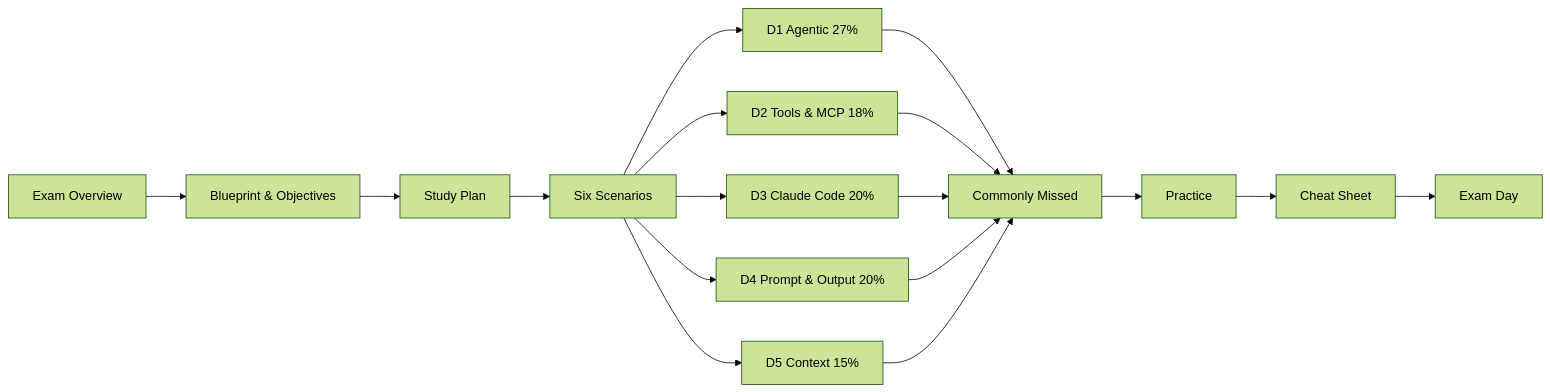
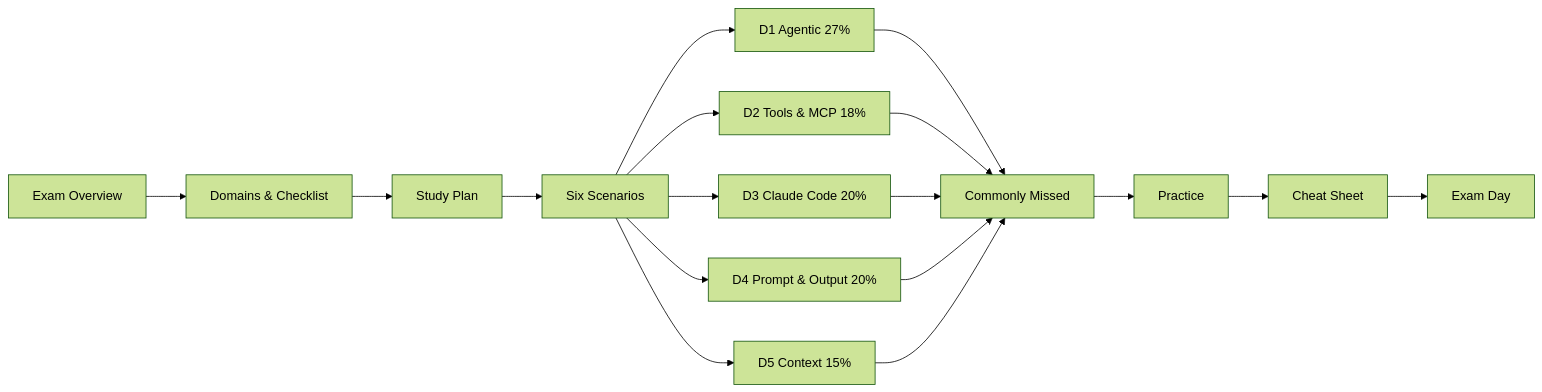
One commit to pabhinaw/claude-certification-hub changed the diagram in docs/architect/index.md. Above: the diagram before and after it, drawn with Mermaid (forest theme). The commit also changed other lines of this file and 28 other files, not shown here.

````diff
--- a/docs/architect/index.md
+++ b/docs/architect/index.md
@@ -7,10 +7,10 @@
 ```mermaid
 flowchart LR
-    O[Exam Overview] --> B[Blueprint & Objectives] --> P[Study Plan] --> S[Six Scenarios]
+    O[Exam Overview] --> B[Domains & Checklist] --> P[Study Plan] --> S[Six Scenarios]
     S --> D1[D1 Agentic 27%]
     S --> D2[D2 Tools & MCP 18%]
     S --> D3[D3 Claude Code 20%]
     S --> D4[D4 Prompt & Output 20%]
     S --> D5[D5 Context 15%]
     D1 & D2 & D3 & D4 & D5 --> M[Commonly Missed] --> Q[Practice] --> C[Cheat Sheet] --> E[Exam Day]
 ```
````
